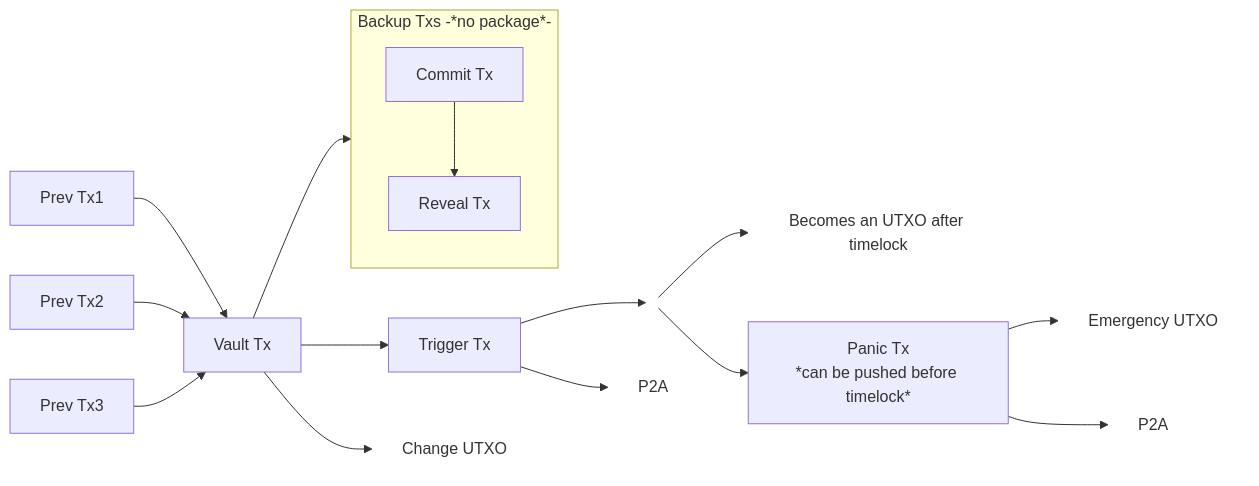
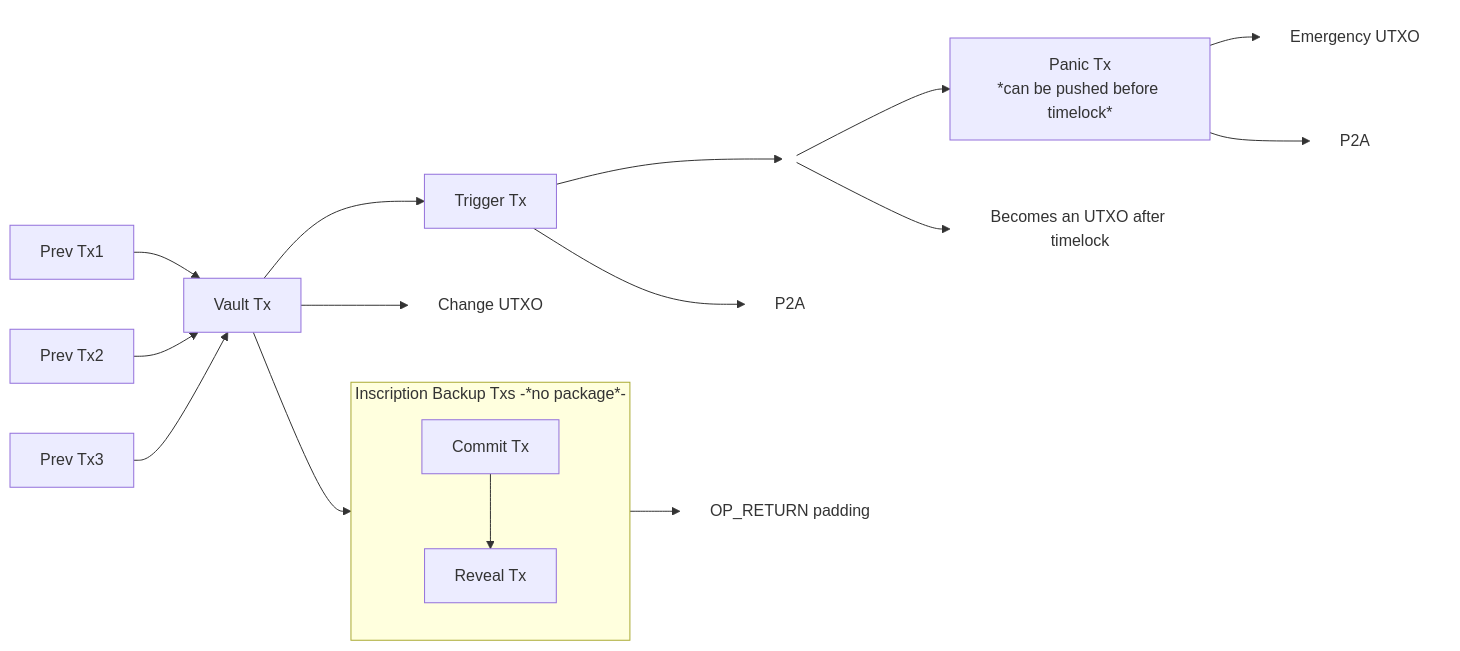
The second of 2 diagrams in descriptors/rewind2/README.md (bitcoinerlab/playground), drawn with Mermaid before and after one commit. The commit also changed other lines of this file and 3 other files, not shown here.

````diff
--- a/descriptors/rewind2/README.md
+++ b/descriptors/rewind2/README.md
@@ -166,51 +172,53 @@
 ```mermaid
 flowchart LR
     U1[Prev Tx1]
     U2[Prev Tx2]
     U3[Prev Tx3]
 
     V[Vault Tx]
-    subgraph BackupTxs[Backup Txs -*no package*-]
+    subgraph BackupTxs[Inscription Backup Txs -*no package*-]
         direction TB
         Cmt[Commit Tx]
         Rev[Reveal Tx]
     end
 
     T[Trigger Tx]
     C[Change UTXO]
 
     %% Fork node
     F(( ))
     style F fill:transparent,stroke:transparent
 
     %% UTXO N as borderless box
     UTXON[Becomes an UTXO after timelock]
     style UTXON fill:transparent,stroke:transparent
 
     %% Inputs
     U1 --> V
     U2 --> V
     U3 --> V
 
     %% Vault outputs
     V --> Cmt
     Cmt --> Rev
+    Rev --> O_R[OP_RETURN padding]
+    style O_R fill:transparent,stroke:transparent
     V --> T
     V --> C
     style C fill:transparent,stroke:transparent
 
     %% Trigger Tx outputs
     T --> F
     T --> A_T[P2A]
     style A_T fill:transparent,stroke:transparent
 
     %% Forked outputs
     F --> P[Panic Tx<br/>*can be pushed before timelock*]
     F --> UTXON
 
     %% Panic Tx outputs
     P --> E[Emergency UTXO]
     style E fill:transparent,stroke:transparent
     P --> A_P[P2A]
     style A_P fill:transparent,stroke:transparent
 ```
````
